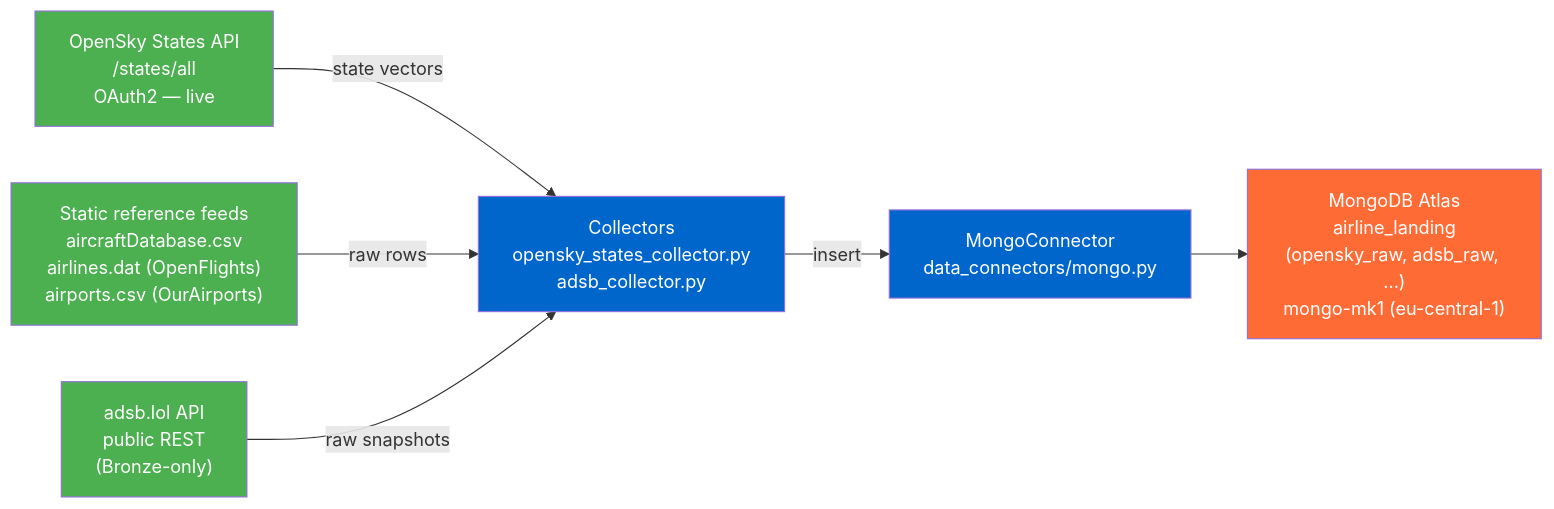
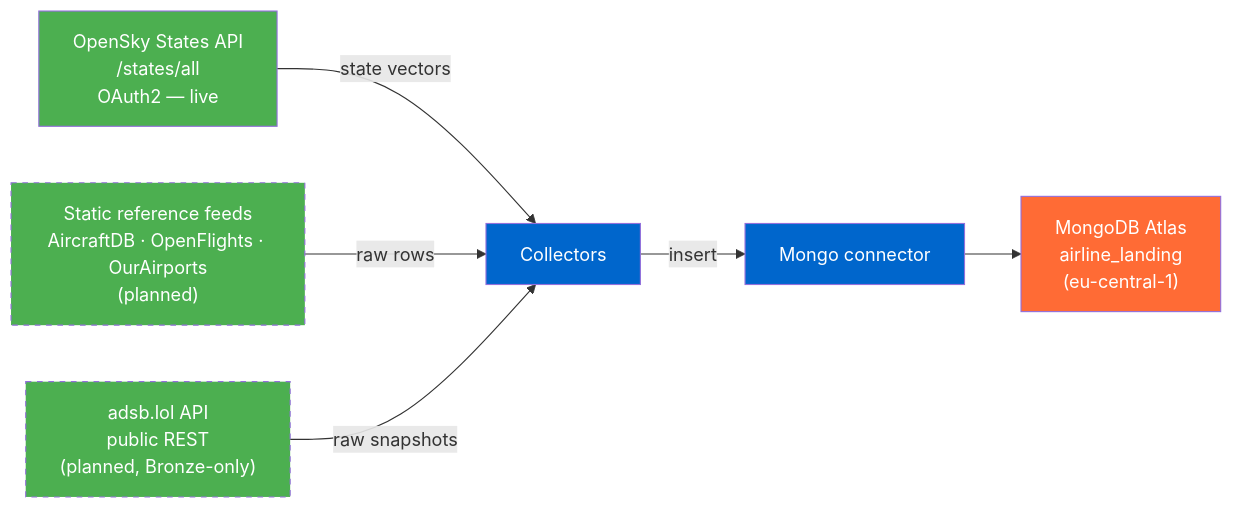
The first of 5 diagrams in docs/architecture/README.md (MatthiasSails/airline-data-platform), drawn with Mermaid before and after one commit. The commit also changed other lines of this file and 18 other files, not shown here.

````diff
--- a/docs/architecture/README.md
+++ b/docs/architecture/README.md
@@ -25,20 +22,20 @@
 ```mermaid
 graph LR
     OS["OpenSky States API<br/>/states/all<br/>OAuth2 — live"]
-    REF["Static reference feeds<br/>aircraftDatabase.csv<br/>airlines.dat (OpenFlights)<br/>airports.csv (OurAirports)"]
-    ADSB["adsb.lol API<br/>public REST<br/>(Bronze-only)"]
+    REF["Static reference feeds<br/>AircraftDB · OpenFlights · OurAirports<br/>(planned)"]
+    ADSB["adsb.lol API<br/>public REST<br/>(planned, Bronze-only)"]
 
-    OS -->|state vectors| COL["Collectors<br/>opensky_states_collector.py<br/>adsb_collector.py"]
+    OS -->|state vectors| COL["Collectors"]
     REF -->|raw rows| COL
     ADSB -->|raw snapshots| COL
 
-    COL -->|insert| CON["MongoConnector<br/>data_connectors/mongo.py"]
-    CON --> MDB["MongoDB Atlas<br/>airline_landing<br/>(opensky_raw, adsb_raw, ...)<br/>mongo-mk1 (eu-central-1)"]
+    COL -->|insert| CON["Mongo connector"]
+    CON --> MDB["MongoDB Atlas<br/>airline_landing<br/>(eu-central-1)"]
 
     style OS fill:#4CAF50,color:#fff
-    style REF fill:#4CAF50,color:#fff
-    style ADSB fill:#4CAF50,color:#fff
+    style REF fill:#4CAF50,color:#fff,stroke-dasharray:5 5
+    style ADSB fill:#4CAF50,color:#fff,stroke-dasharray:5 5
     style COL fill:#0066CC,color:#fff
     style CON fill:#0066CC,color:#fff
     style MDB fill:#FF6B35,color:#fff
 ```
````
